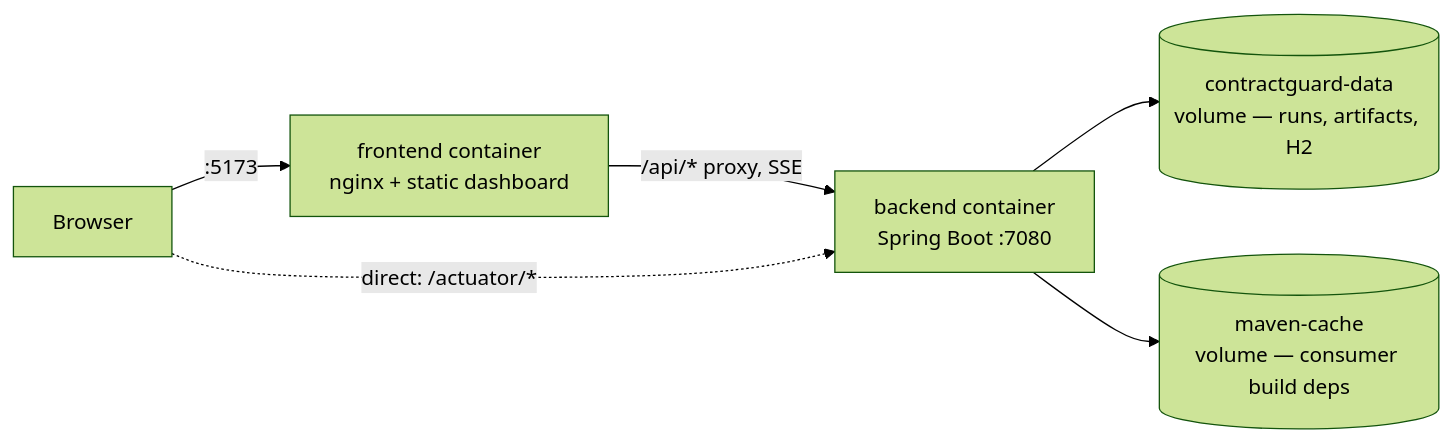
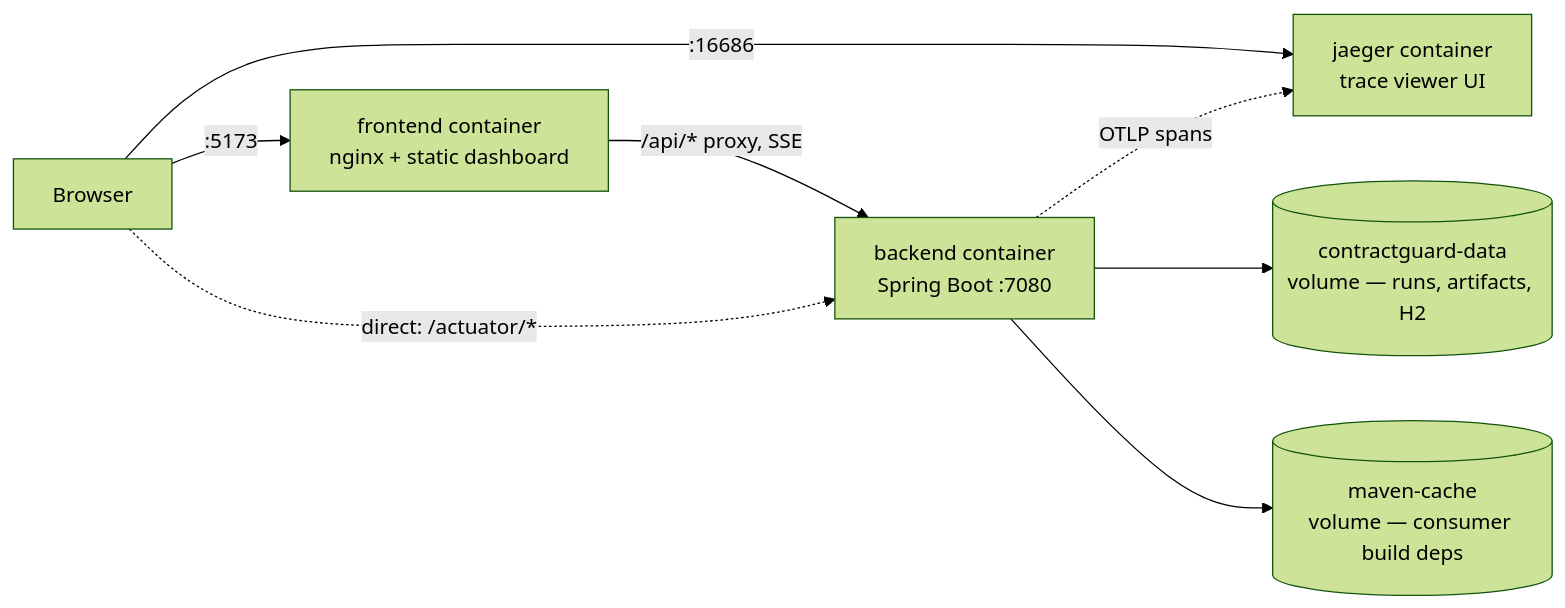
One commit to fmayoral/contractguard changed the diagram in docs/deployment.md. Above: the diagram before and after it, drawn with Mermaid (forest theme). The commit also changed other lines of this file and 8 other files, not shown here.

````diff
--- a/docs/deployment.md
+++ b/docs/deployment.md
@@ -25,8 +26,10 @@
 ```mermaid
 flowchart LR
     Browser -->|":5173"| FE["frontend container<br/>nginx + static dashboard"]
+    Browser -->|":16686"| JG["jaeger container<br/>trace viewer UI"]
     FE -->|"/api/* proxy, SSE"| BE["backend container<br/>Spring Boot :7080"]
     Browser -.->|"direct: /actuator/*"| BE
+    BE -.->|"OTLP spans"| JG
     BE --> DATA[("contractguard-data<br/>volume — runs, artifacts, H2")]
     BE --> M2[("maven-cache<br/>volume — consumer build deps")]
 ```
````
